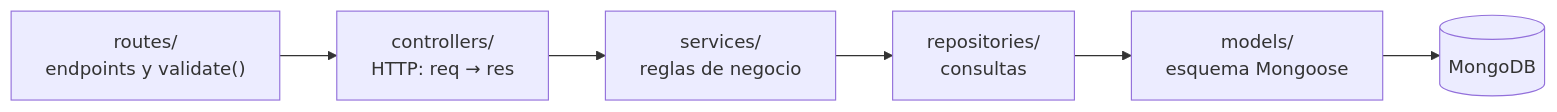
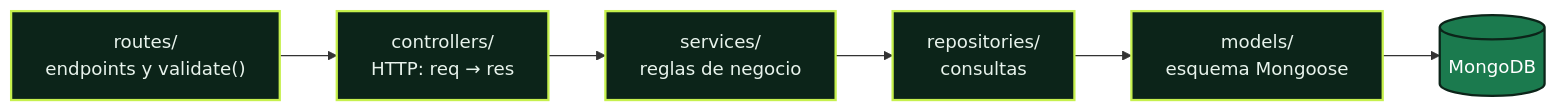
Before and after one commit to Mauro-vs/Routly: the first of 2 diagrams in moto-routes-api/README.md, drawn with Mermaid. The commit also changed other lines of this file and 15 other files, not shown here.

````diff
--- a/moto-routes-api/README.md
+++ b/moto-routes-api/README.md
@@ -87,8 +92,12 @@
 ```mermaid
 flowchart LR
     R["routes/<br/>endpoints y validate()"] --> C["controllers/<br/>HTTP: req → res"]
     C --> S["services/<br/>reglas de negocio"]
     S --> RE["repositories/<br/>consultas"]
     RE --> M["models/<br/>esquema Mongoose"]
     M --> DB[("MongoDB")]
+    classDef node fill:#0c2419,stroke:#c6f04d,color:#e8f3ec,stroke-width:2px
+    classDef store fill:#1b7a4e,stroke:#0c2419,color:#ffffff
+    class R,C,S,RE,M node
+    class DB store
 ```
````
